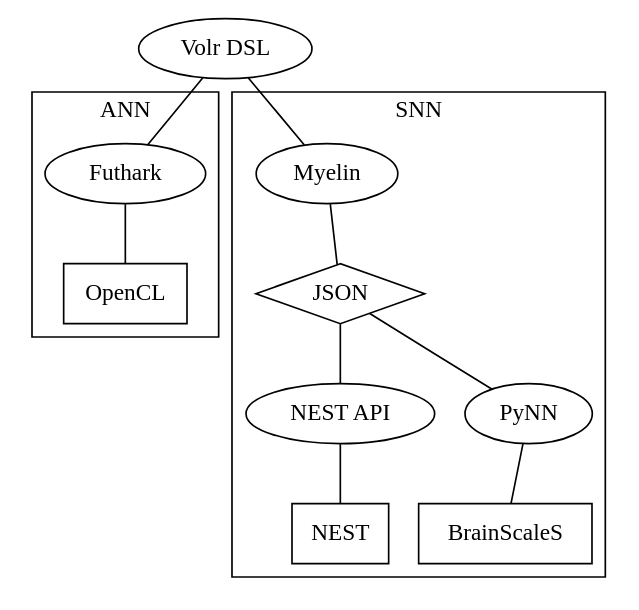
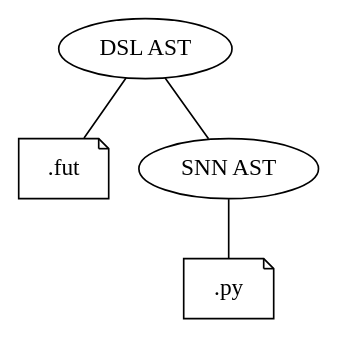
One commit to Jegp/thesis changed the diagram in report/images/volr-architecture_detailed.dot. Above: the diagram before and after it, drawn with Graphviz. The commit also changed 5 other files, not shown here.

```diff
--- a/report/images/volr-architecture_detailed.dot
+++ b/report/images/volr-architecture_detailed.dot
@@ -1,22 +1,8 @@
 graph {
-  "Volr DSL"
-  subgraph cluster_ann {
-    label="ANN";
-    OpenCL [shape="box"]
-    Futhark -- OpenCL
-  }
-  subgraph cluster_snn {
-    label="SNN"
-    JSON [shape="diamond"]
-    BrainScaleS [shape="box"]
-    NEST [shape="box"]
-    Myelin -- JSON
-    JSON -- "NEST API"
-    JSON -- PyNN
-    PyNN -- BrainScaleS
-    "NEST API" -- NEST
-  }
+  ".py" [shape="note"]
+  ".fut" [shape="note"]
 
-  "Volr DSL" -- Myelin
-  "Volr DSL" -- Futhark
+  "DSL AST" -- "SNN AST"
+  "SNN AST" -- ".py"
+  "DSL AST" -- ".fut"
 }
```
